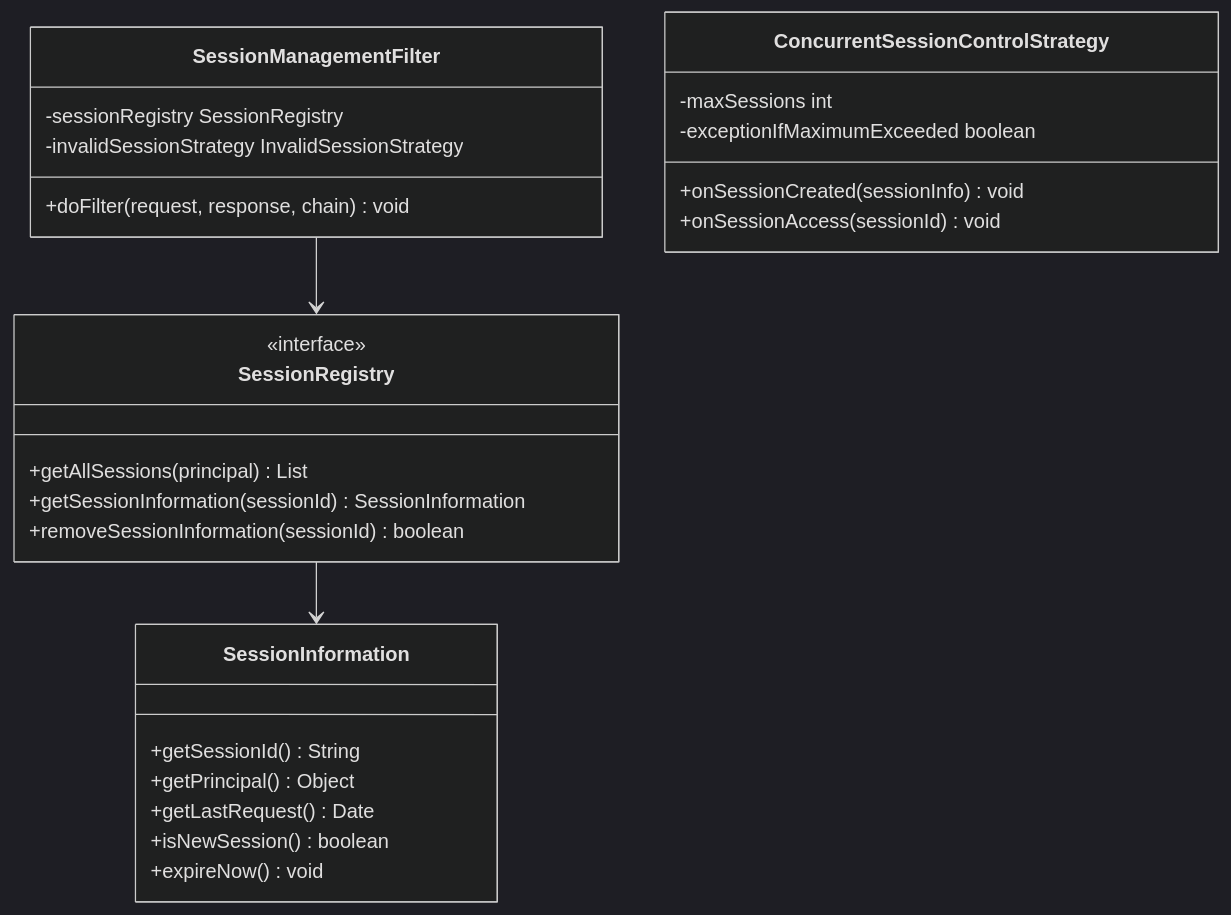
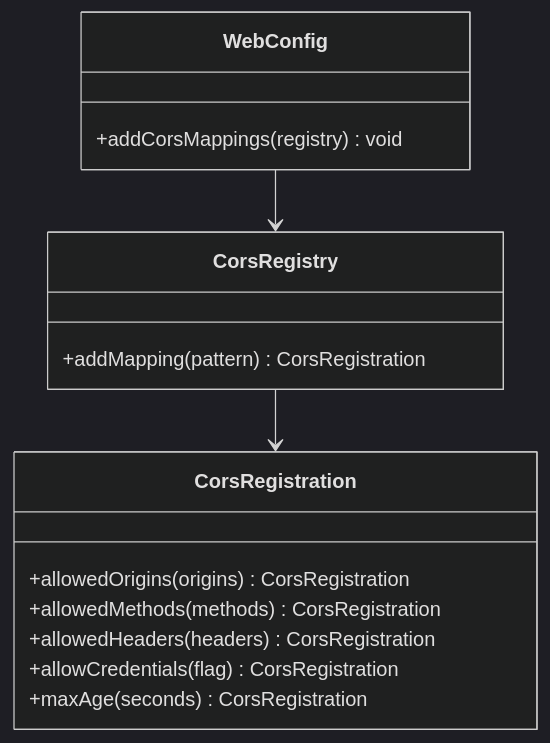
Before and after one commit to gree-coder/fund-butler: the eighth of 15 diagrams in .qoder/repowiki/zh/content/核心功能开发/安全配置.md, drawn with Mermaid (dark theme). The commit also changed other lines of this file and 10 other files, not shown here.

````diff
--- a/.qoder/repowiki/zh/content/核心功能开发/安全配置.md
+++ b/.qoder/repowiki/zh/content/核心功能开发/安全配置.md
@@ -271,29 +299,18 @@
 ```mermaid
 classDiagram
-class SessionManagementFilter {
-+doFilter(request, response, chain) void
--sessionRegistry SessionRegistry
--invalidSessionStrategy InvalidSessionStrategy
+class WebConfig {
++addCorsMappings(registry) void
 }
-class SessionRegistry {
-<<interface>>
-+getAllSessions(principal) List
-+getSessionInformation(sessionId) SessionInformation
-+removeSessionInformation(sessionId) boolean
+class CorsRegistry {
++addMapping(pattern) CorsRegistration
 }
-class SessionInformation {
-+getSessionId() String
-+getPrincipal() Object
-+getLastRequest() Date
-+isNewSession() boolean
-+expireNow() void
+class CorsRegistration {
++allowedOrigins(origins) CorsRegistration
++allowedMethods(methods) CorsRegistration
++allowedHeaders(headers) CorsRegistration
++allowCredentials(flag) CorsRegistration
++maxAge(seconds) CorsRegistration
 }
-class ConcurrentSessionControlStrategy {
--maxSessions int
--exceptionIfMaximumExceeded boolean
-+onSessionCreated(sessionInfo) void
-+onSessionAccess(sessionId) void
-}
-SessionManagementFilter --> SessionRegistry
-SessionRegistry --> SessionInformation
+WebConfig --> CorsRegistry
+CorsRegistry --> CorsRegistration
 ```
````
